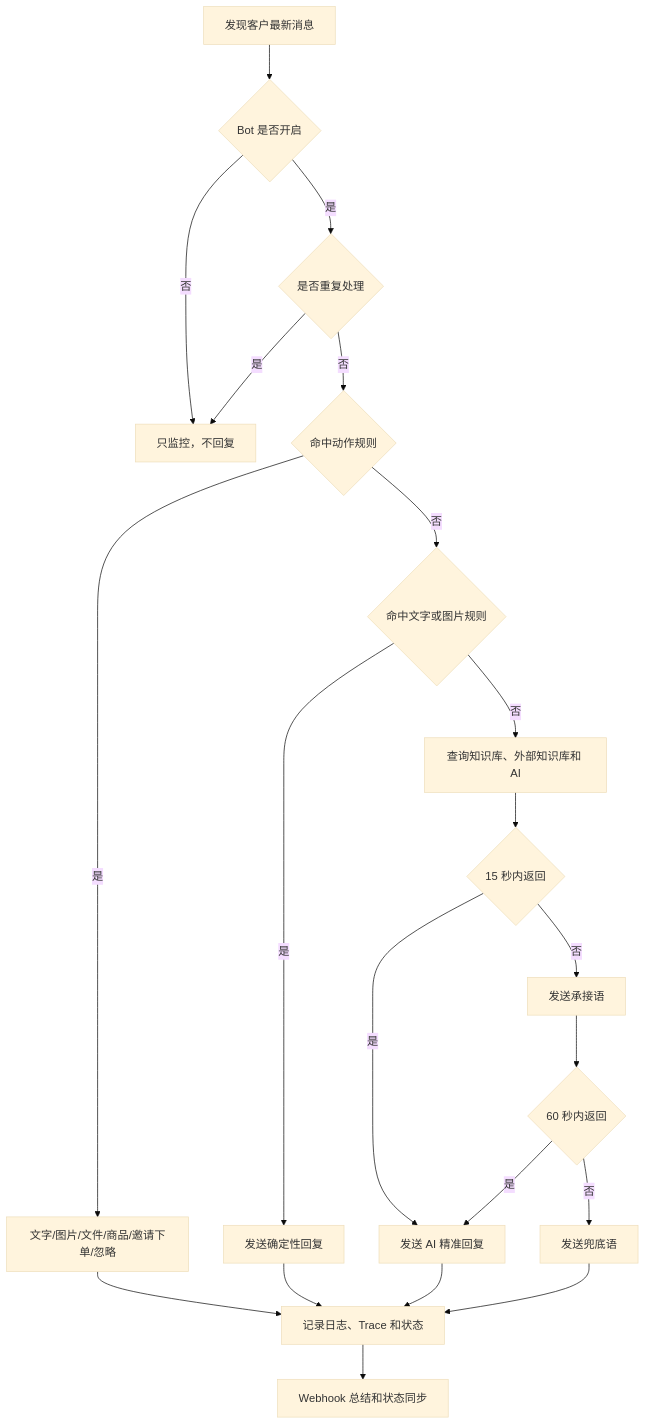
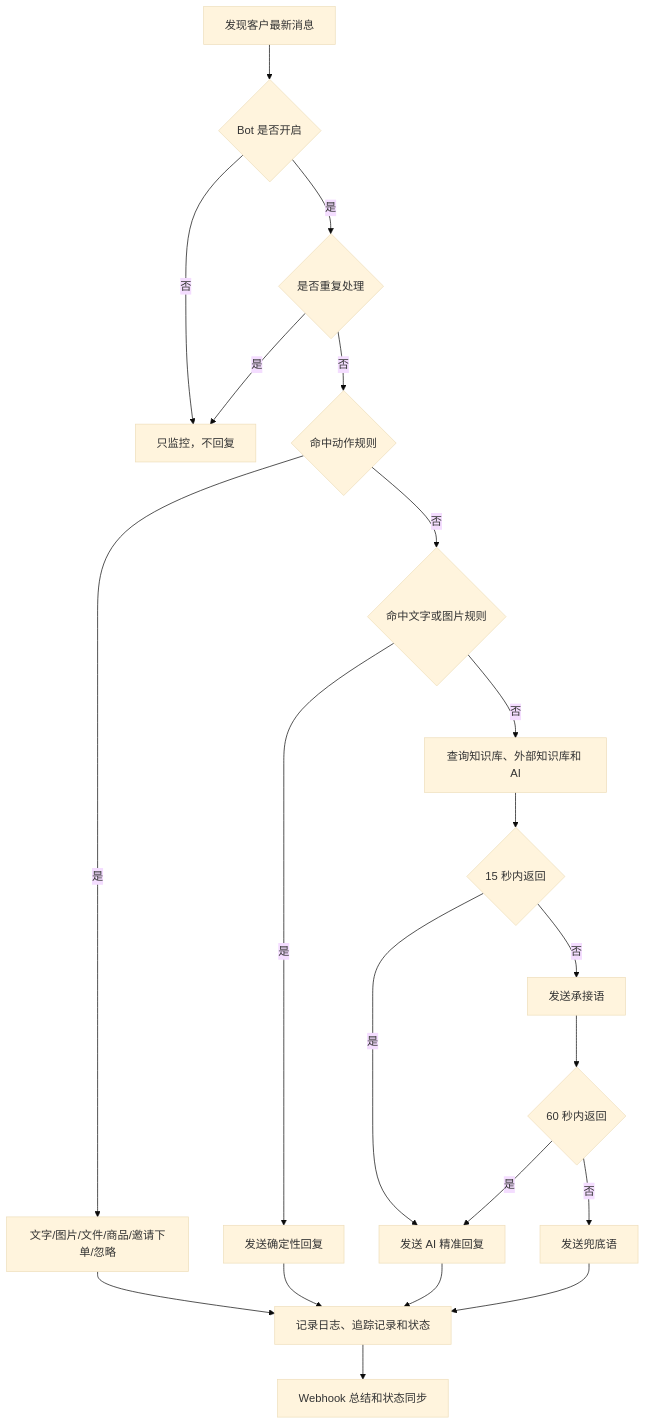
One commit to JahanHe/wechat-autoreply changed the diagram in README.md. Above: the diagram before and after it, drawn with Mermaid (base theme). The commit also changed other lines of this file and 16 other files, not shown here.

````diff
--- a/README.md
+++ b/README.md
@@ -68,23 +68,23 @@
 ```mermaid
 flowchart TD
   A["发现客户最新消息"] --> B{"Bot 是否开启"}
   B -- "否" --> Z["只监控，不回复"]
   B -- "是" --> C{"是否重复处理"}
   C -- "是" --> Z
   C -- "否" --> D{"命中动作规则"}
   D -- "是" --> E["文字/图片/文件/商品/邀请下单/忽略"]
   D -- "否" --> F{"命中文字或图片规则"}
   F -- "是" --> G["发送确定性回复"]
   F -- "否" --> H["查询知识库、外部知识库和 AI"]
   H --> I{"15 秒内返回"}
   I -- "是" --> J["发送 AI 精准回复"]
   I -- "否" --> K["发送承接语"]
   K --> L{"60 秒内返回"}
   L -- "是" --> J
   L -- "否" --> M["发送兜底语"]
-  E --> R["记录日志、Trace 和状态"]
+  E --> R["记录日志、追踪记录和状态"]
   G --> R
   J --> R
   M --> R
   R --> S["Webhook 总结和状态同步"]
 ```
````
